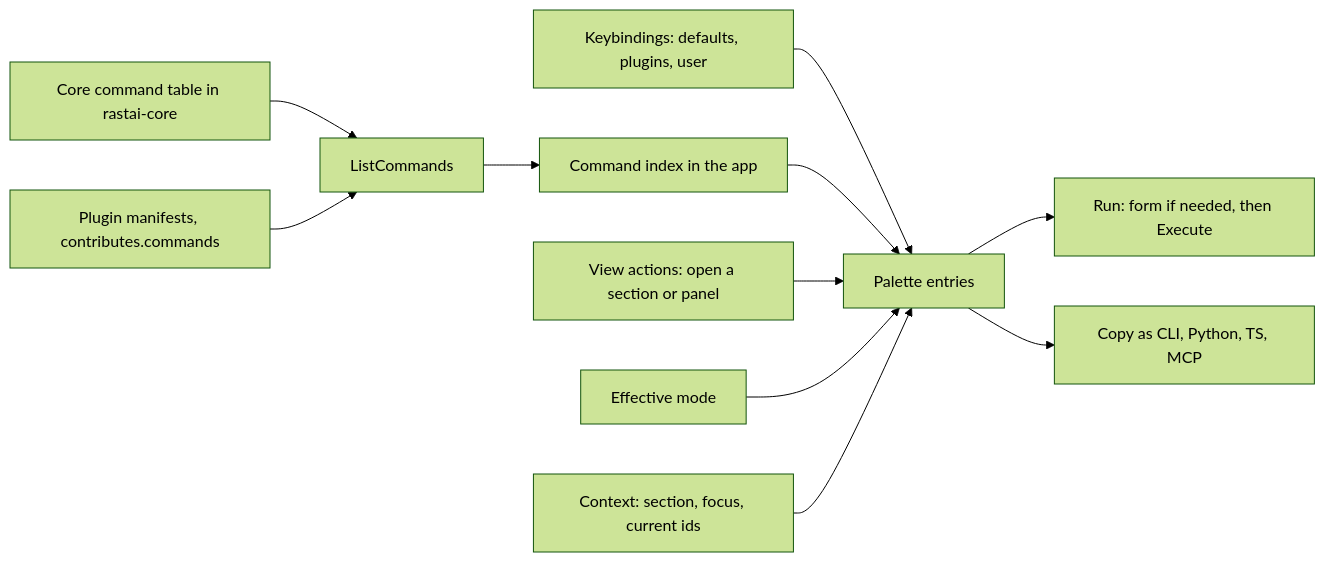
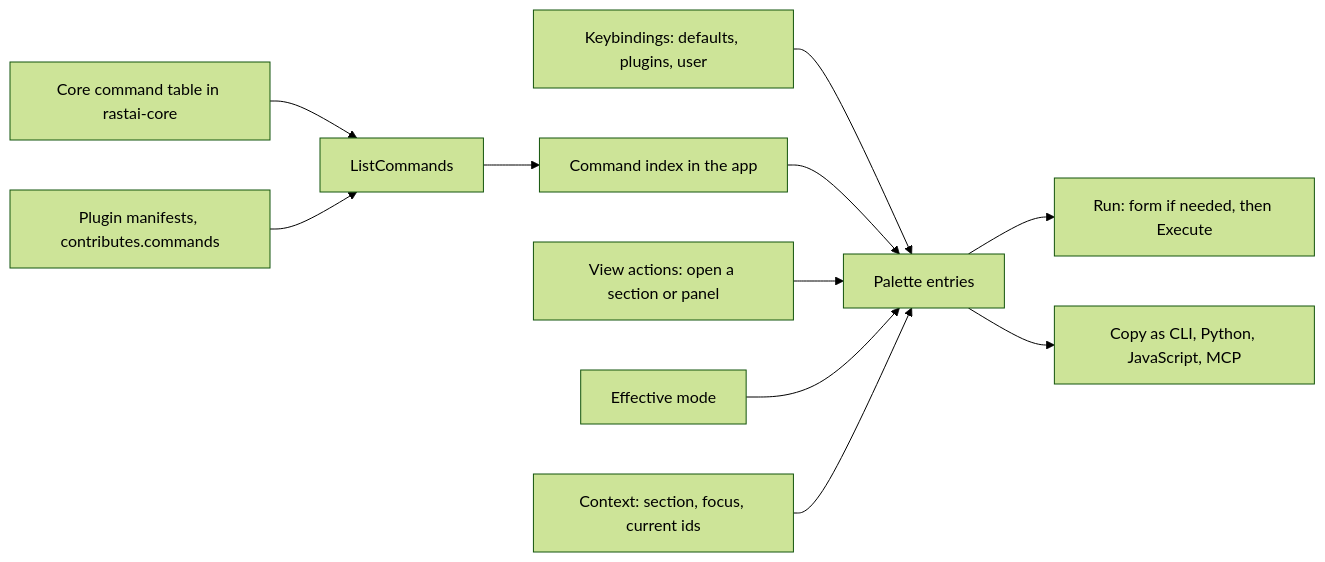
One commit to Snubiss/RASTAI-Research-Studio changed the fourth of 11 diagrams in docs/architecture/layout/frontend-and-plugins.md. Above: the diagram before and after it, drawn with Mermaid (forest theme). The commit also changed other lines of this file and 44 other files, not shown here.

````diff
--- a/docs/architecture/layout/frontend-and-plugins.md
+++ b/docs/architecture/layout/frontend-and-plugins.md
@@ -268,13 +416,13 @@
 ```mermaid
 flowchart LR
   TABLE["Core command table in rastai-core"] --> LIST["ListCommands"]
   MANIF["Plugin manifests, contributes.commands"] --> LIST
   LIST --> INDEX["Command index in the app"]
   KEYS["Keybindings: defaults, plugins, user"] --> ENTRIES["Palette entries"]
   INDEX --> ENTRIES
   VIEW["View actions: open a section or panel"] --> ENTRIES
   MODE["Effective mode"] --> ENTRIES
   CTX["Context: section, focus, current ids"] --> ENTRIES
   ENTRIES --> RUN["Run: form if needed, then Execute"]
-  ENTRIES --> COPY["Copy as CLI, Python, TS, MCP"]
+  ENTRIES --> COPY["Copy as CLI, Python, JavaScript, MCP"]
 ```
````
